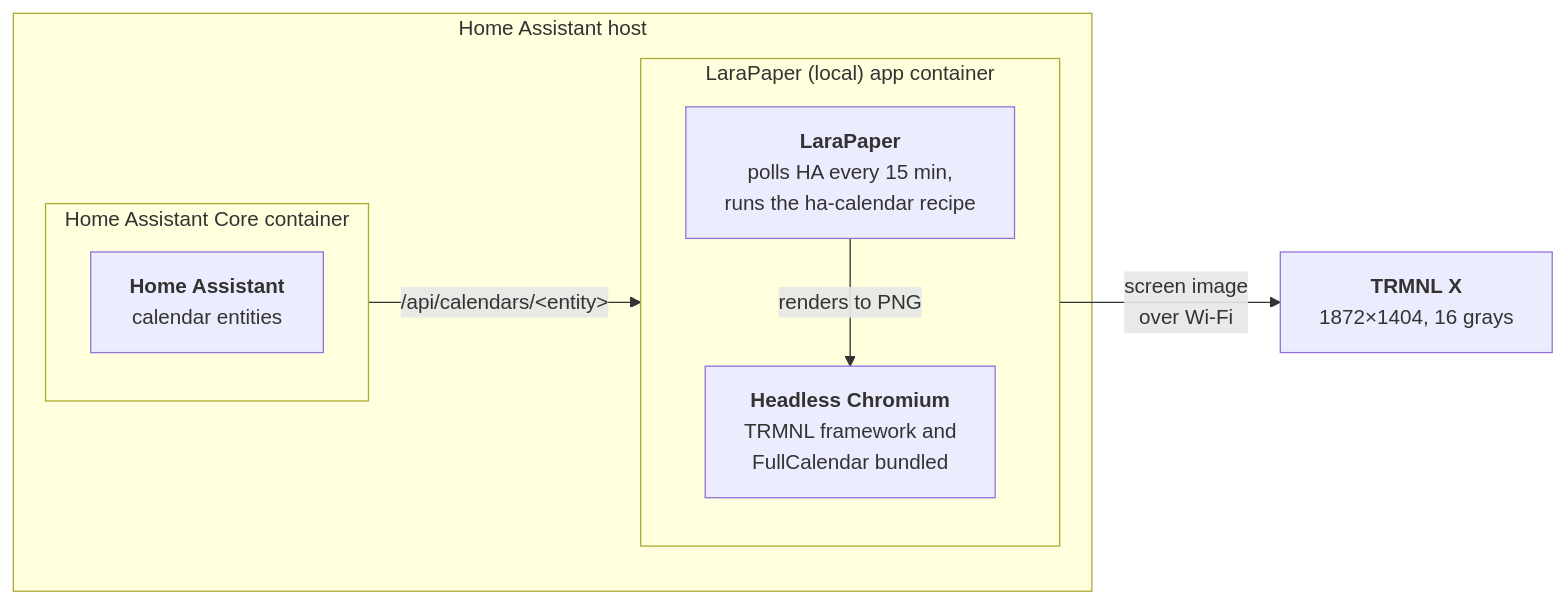
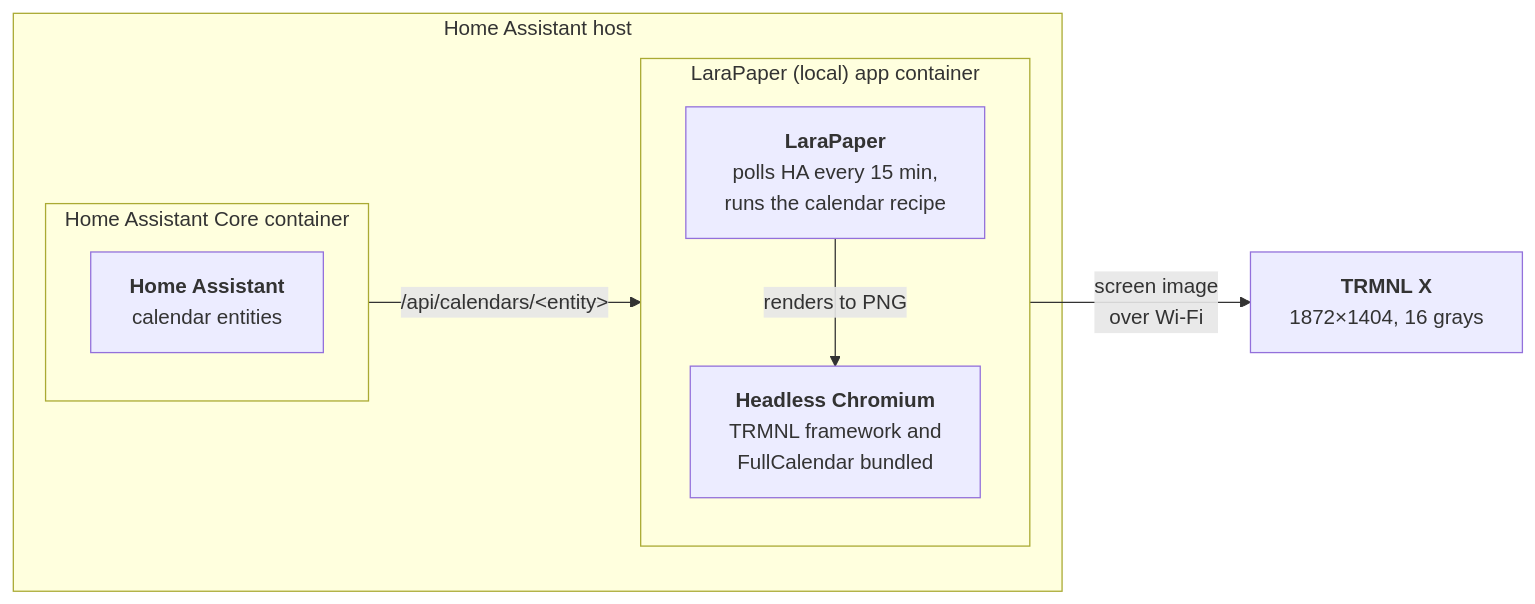
The diagram in README.md (BartSchuurmans/trmnl-homeassistant-calendar), drawn with Mermaid before and after one commit. The commit also changed other lines of this file and 21 other files, not shown here.

````diff
--- a/README.md
+++ b/README.md
@@ -11,16 +11,16 @@
 ```mermaid
 flowchart LR
     subgraph host["Home Assistant host"]
         subgraph core["Home Assistant Core container"]
             HA["<b>Home Assistant</b><br>calendar entities"]
         end
         subgraph app["LaraPaper (local) app container"]
-            LP["<b>LaraPaper</b><br>polls HA every 15 min,<br>runs the ha-calendar recipe"]
+            LP["<b>LaraPaper</b><br>polls HA every 15 min,<br>runs the calendar recipe"]
             CR["<b>Headless Chromium</b><br>TRMNL framework and<br>FullCalendar bundled"]
             LP -- "renders to PNG" --> CR
         end
         core -- "/api/calendars/&lt;entity&gt;" --> app
     end
     X["<b>TRMNL X</b><br>1872×1404, 16 grays"]
     app -- "screen image<br>over Wi-Fi" --> X
 ```
````
